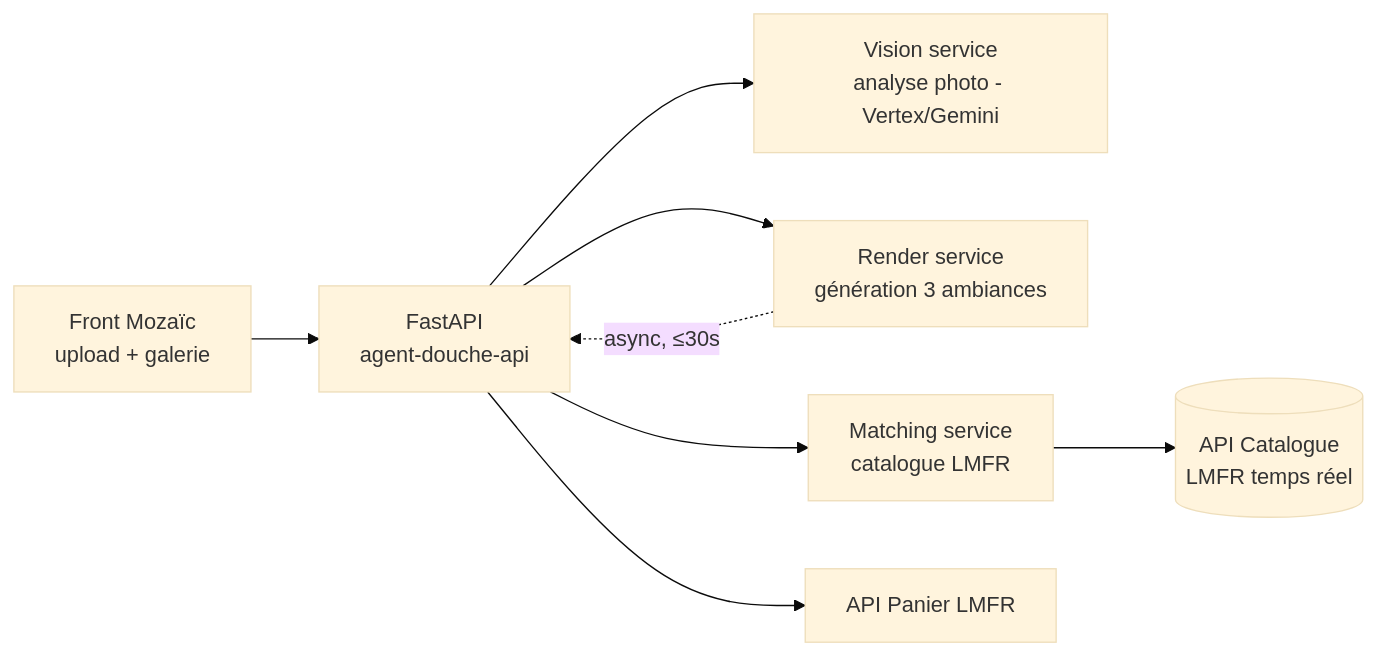
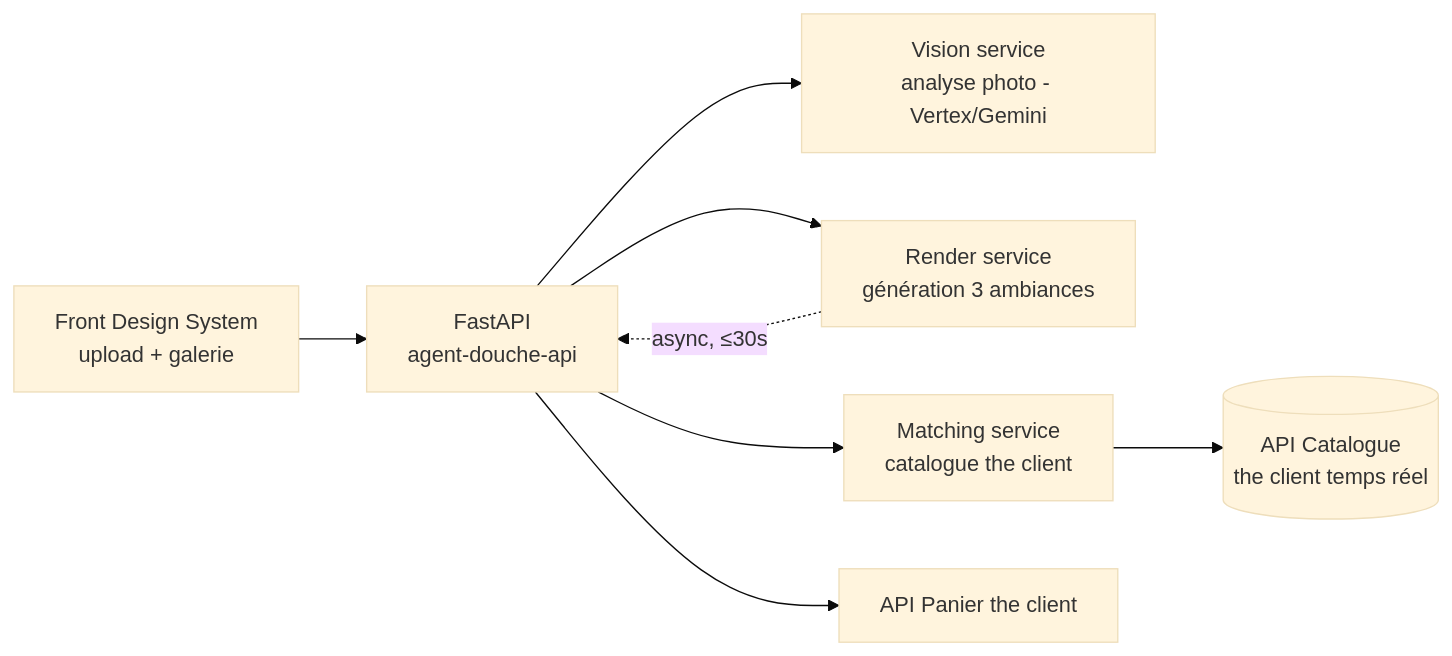
One commit to antoinelef23/Claudo changed the diagram in examples/agent-douche/design.md. Above: the diagram before and after it, drawn with Mermaid (base theme). The commit also changed other lines of this file and 10 other files, not shown here.

````diff
--- a/examples/agent-douche/design.md
+++ b/examples/agent-douche/design.md
@@ -17,10 +17,10 @@
 ```mermaid
 flowchart LR
-    UI[Front Mozaïc<br/>upload + galerie] --> API[FastAPI<br/>agent-douche-api]
+    UI[Front Design System<br/>upload + galerie] --> API[FastAPI<br/>agent-douche-api]
     API --> VISION[Vision service<br/>analyse photo - Vertex/Gemini]
     API --> RENDER[Render service<br/>génération 3 ambiances]
-    API --> MATCH[Matching service<br/>catalogue LMFR]
-    MATCH --> CAT[(API Catalogue<br/>LMFR temps réel)]
-    API --> CART[API Panier LMFR]
+    API --> MATCH[Matching service<br/>catalogue the client]
+    MATCH --> CAT[(API Catalogue<br/>the client temps réel)]
+    API --> CART[API Panier the client]
     RENDER -.->|async, ≤30s| API
 ```
````
